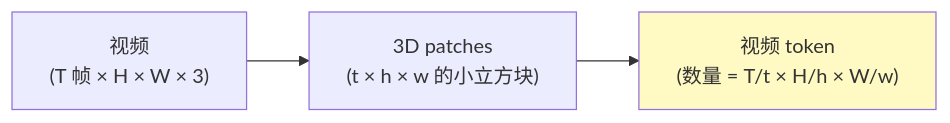
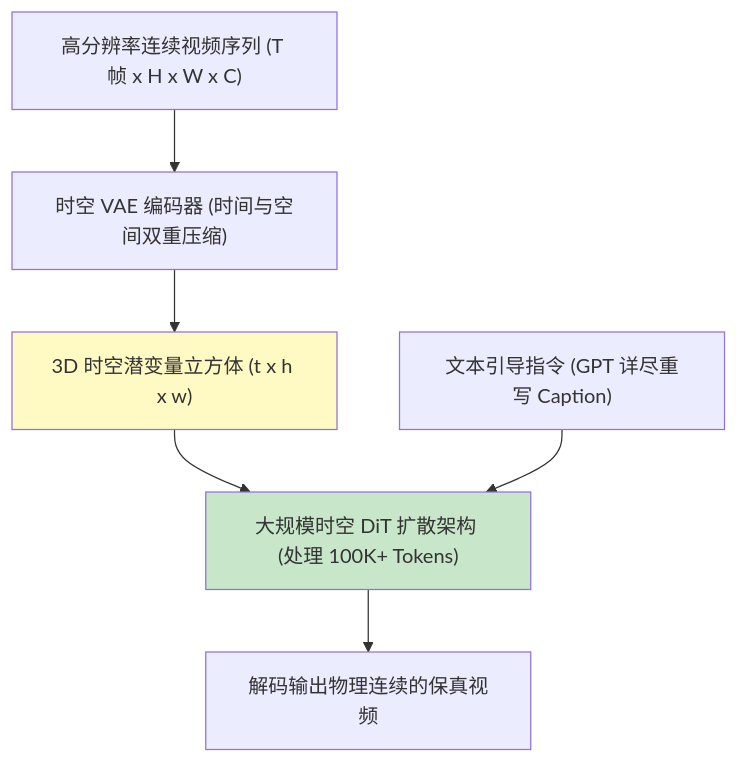
One commit to yingwang/thinking-in-llm changed the fifth of 7 diagrams in chapters/14-multimodal.md. Above: the diagram before and after it, drawn with Mermaid. The commit also changed other lines of this file and 31 other files, not shown here.

````diff
--- a/chapters/14-multimodal.md
+++ b/chapters/14-multimodal.md
@@ -347,7 +161,11 @@
 ```mermaid
-flowchart LR
-    Vid["视频<br>(T 帧 × H × W × 3)"] --> P3D["3D patches<br>(t × h × w 的小立方块)"]
-    P3D --> Tok["视频 token<br>(数量 = T/t × H/h × W/w)"]
+flowchart TD
+    RawVideo["高分辨率连续视频序列 (T 帧 x H x W x C)"] --> SpatialTemporalVAE["时空 VAE 编码器 (时间与空间双重压缩)"]
+    SpatialTemporalVAE --> LatentCubes["3D 时空潜变量立方体 (t x h x w)"]
+    LatentCubes --> SpatioTemporalDiT["大规模时空 DiT 扩散架构 (处理 100K+ Tokens)"]
+    Prompt["文本引导指令 (GPT 详尽重写 Caption)"] --> SpatioTemporalDiT
+    SpatioTemporalDiT --> RenderedVideo["解码输出物理连续的保真视频"]
     
-    style Tok fill:#fff9c4
+    style LatentCubes fill:#fff9c4
+    style SpatioTemporalDiT fill:#c8e6c9
 ```
````
